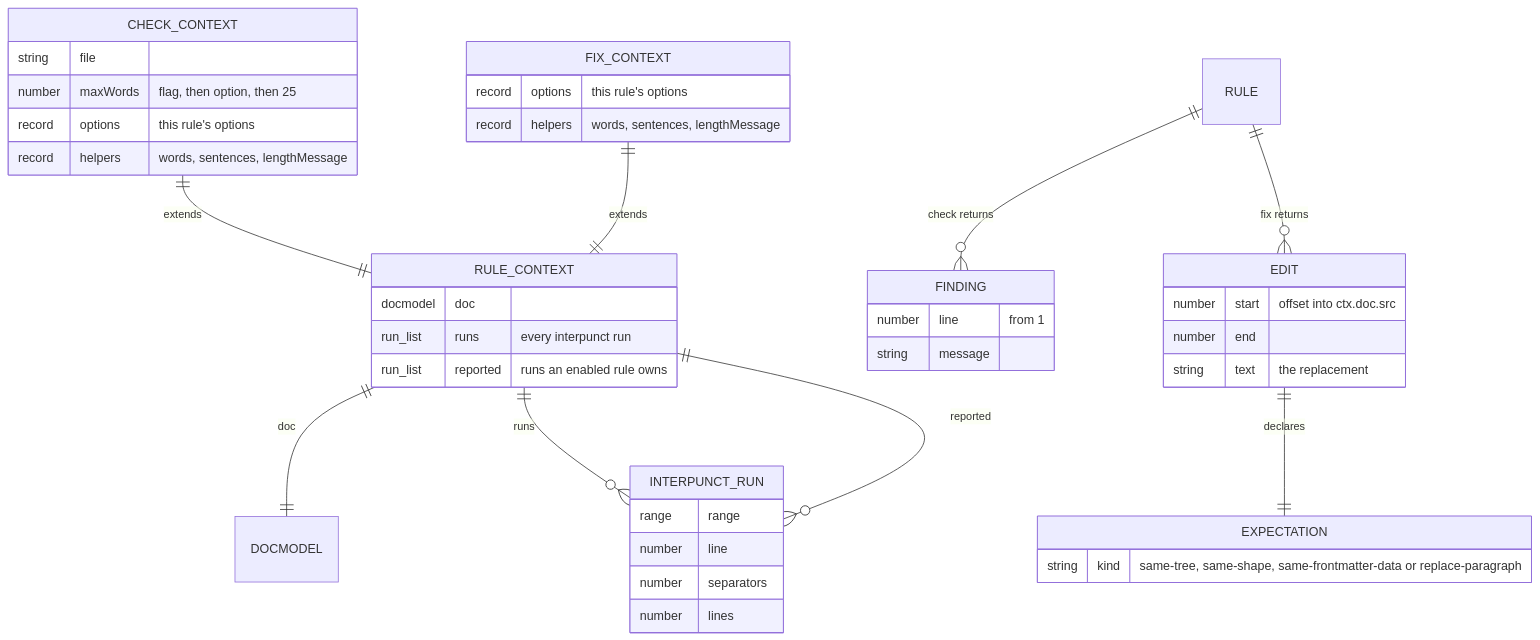
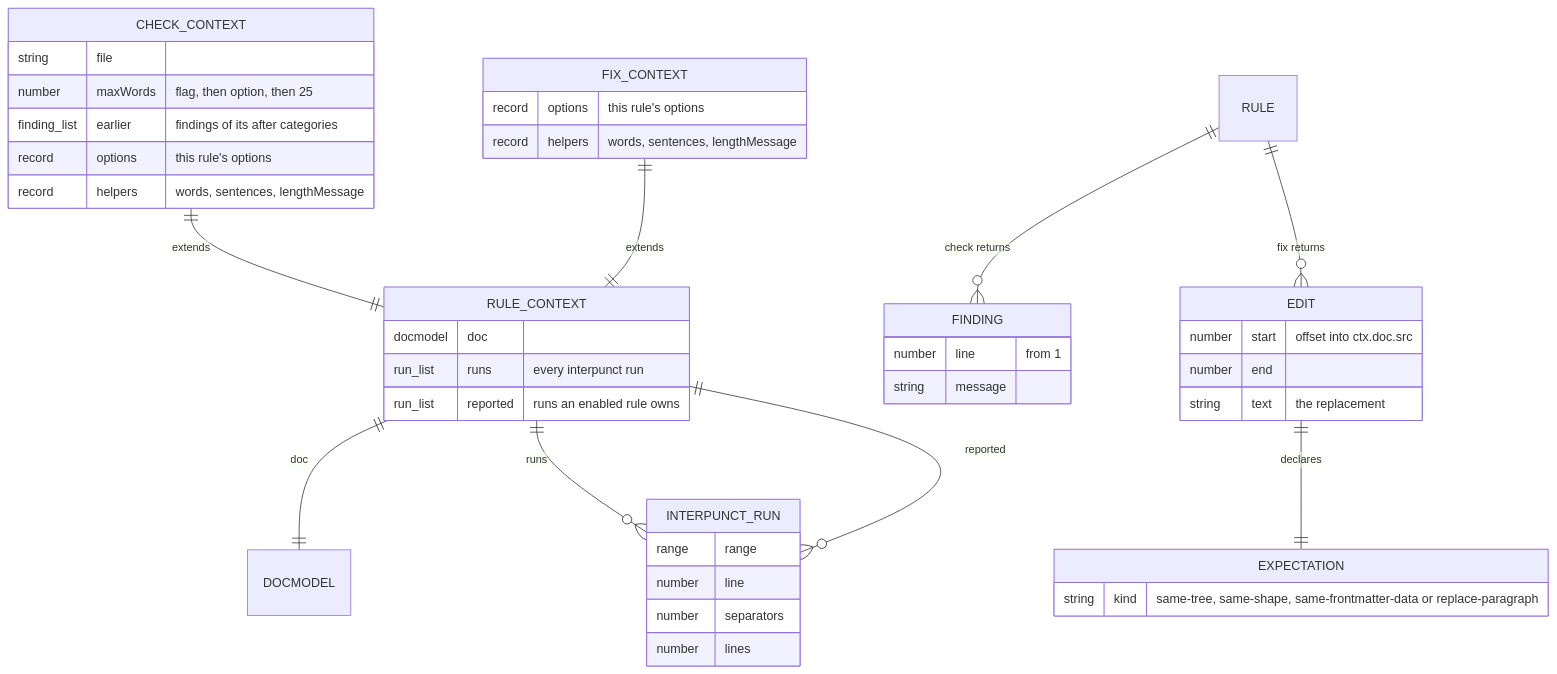
Before and after one commit to jpeakai/jpai-prose-gates: the third of 7 diagrams in docs/engines.md, drawn with Mermaid. The commit also changed other lines of this file and 163 other files, not shown here.

````diff
--- a/docs/engines.md
+++ b/docs/engines.md
@@ -168,45 +172,46 @@
 ```mermaid
 erDiagram
     RULE_CONTEXT ||--|| DOCMODEL : doc
     RULE_CONTEXT ||--o{ INTERPUNCT_RUN : runs
     RULE_CONTEXT ||--o{ INTERPUNCT_RUN : reported
     CHECK_CONTEXT ||--|| RULE_CONTEXT : extends
     FIX_CONTEXT ||--|| RULE_CONTEXT : extends
     RULE ||--o{ FINDING : "check returns"
     RULE ||--o{ EDIT : "fix returns"
     EDIT ||--|| EXPECTATION : declares
 
     RULE_CONTEXT {
         docmodel doc
         run_list runs "every interpunct run"
         run_list reported "runs an enabled rule owns"
     }
     CHECK_CONTEXT {
         string file
         number maxWords "flag, then option, then 25"
+        finding_list earlier "findings of its after categories"
         record options "this rule's options"
         record helpers "words, sentences, lengthMessage"
     }
     FIX_CONTEXT {
         record options "this rule's options"
         record helpers "words, sentences, lengthMessage"
     }
     INTERPUNCT_RUN {
         range range
         number line
         number separators
         number lines
     }
     FINDING {
         number line "from 1"
         string message
     }
     EDIT {
         number start "offset into ctx.doc.src"
         number end
         string text "the replacement"
     }
     EXPECTATION {
         string kind "same-tree, same-shape, same-frontmatter-data or replace-paragraph"
     }
 ```
````
